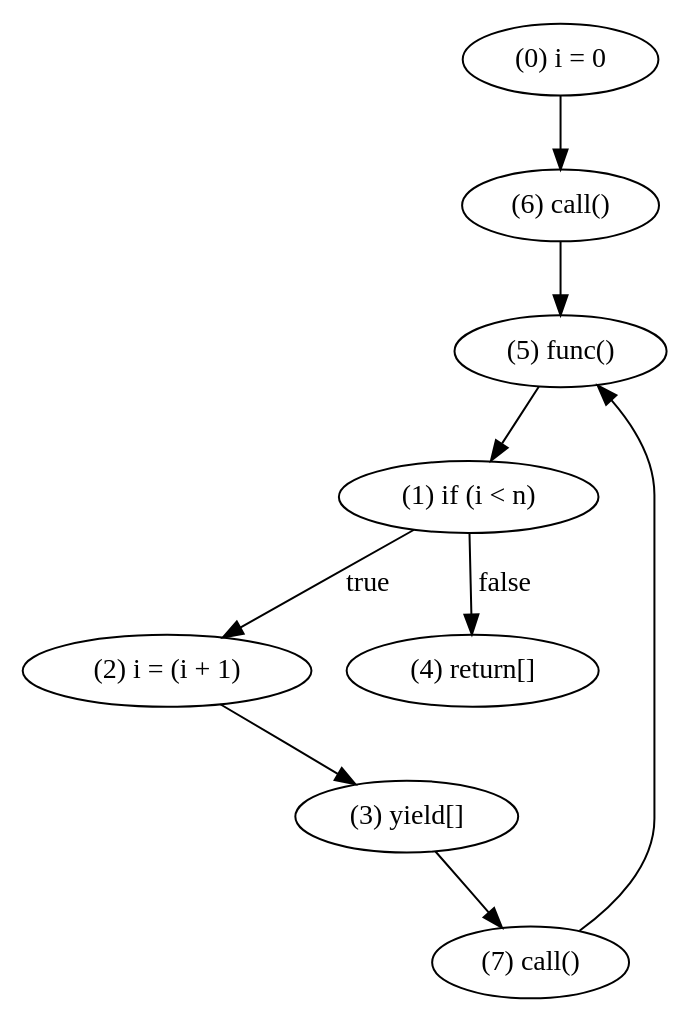
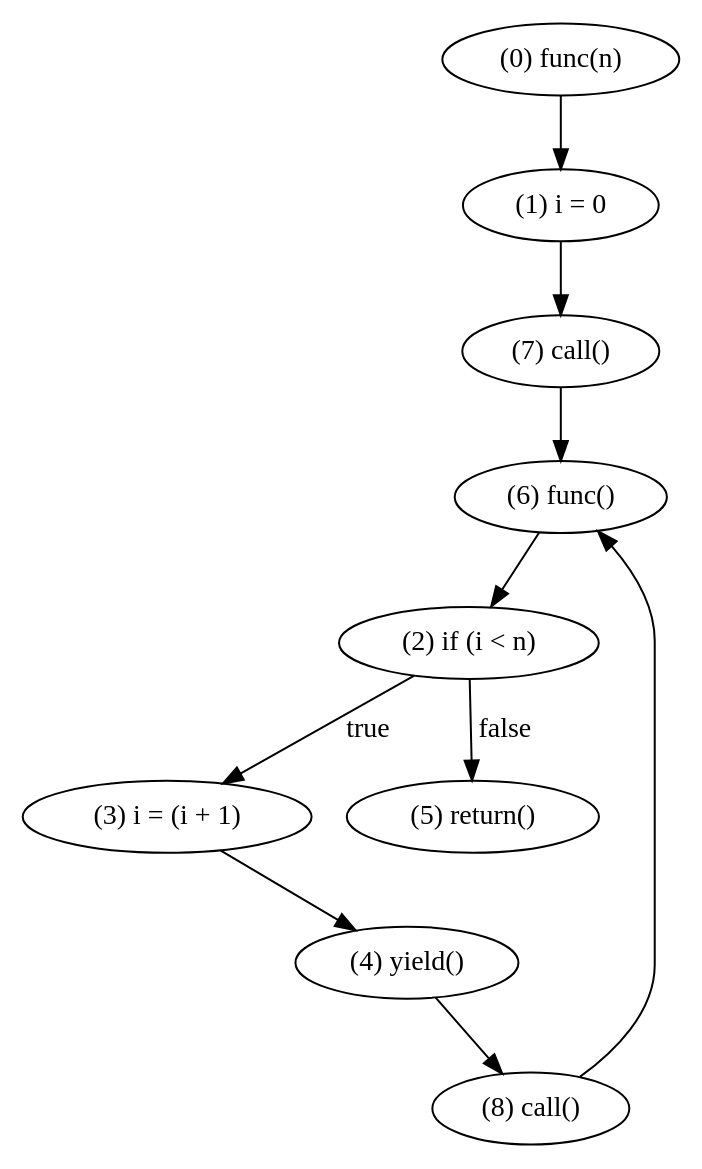
The diagram in crates/passes/insert_call.dot (WorldofKerry/ToHDL), drawn with Graphviz before and after one commit. The commit also changed 7 other files, not shown here.

```diff
--- a/crates/passes/insert_call.dot
+++ b/crates/passes/insert_call.dot
@@ -1,18 +1,20 @@
 digraph {
-    0 [ label = "(0) i = 0" ]
-    1 [ label = "(1) if (i < n)" ]
-    2 [ label = "(2) i = (i + 1)" ]
-    3 [ label = "(3) yield[]" ]
-    4 [ label = "(4) return[]" ]
-    5 [ label = "(5) func()" ]
-    6 [ label = "(6) call()" ]
+    0 [ label = "(0) func(n)" ]
+    1 [ label = "(1) i = 0" ]
+    2 [ label = "(2) if (i < n)" ]
+    3 [ label = "(3) i = (i + 1)" ]
+    4 [ label = "(4) yield()" ]
+    5 [ label = "(5) return()" ]
+    6 [ label = "(6) func()" ]
     7 [ label = "(7) call()" ]
-    0 -> 6 [ label = "" ]
-    1 -> 4 [ label = "false" ]
-    1 -> 2 [ label = "true" ]
-    2 -> 3 [ label = "" ]
-    3 -> 7 [ label = "" ]
-    5 -> 1 [ label = "" ]
-    6 -> 5 [ label = "" ]
-    7 -> 5 [ label = "" ]
+    8 [ label = "(8) call()" ]
+    0 -> 1 [ label = "" ]
+    1 -> 7 [ label = "" ]
+    2 -> 5 [ label = "false" ]
+    2 -> 3 [ label = "true" ]
+    3 -> 4 [ label = "" ]
+    4 -> 8 [ label = "" ]
+    6 -> 2 [ label = "" ]
+    7 -> 6 [ label = "" ]
+    8 -> 6 [ label = "" ]
 }
```
